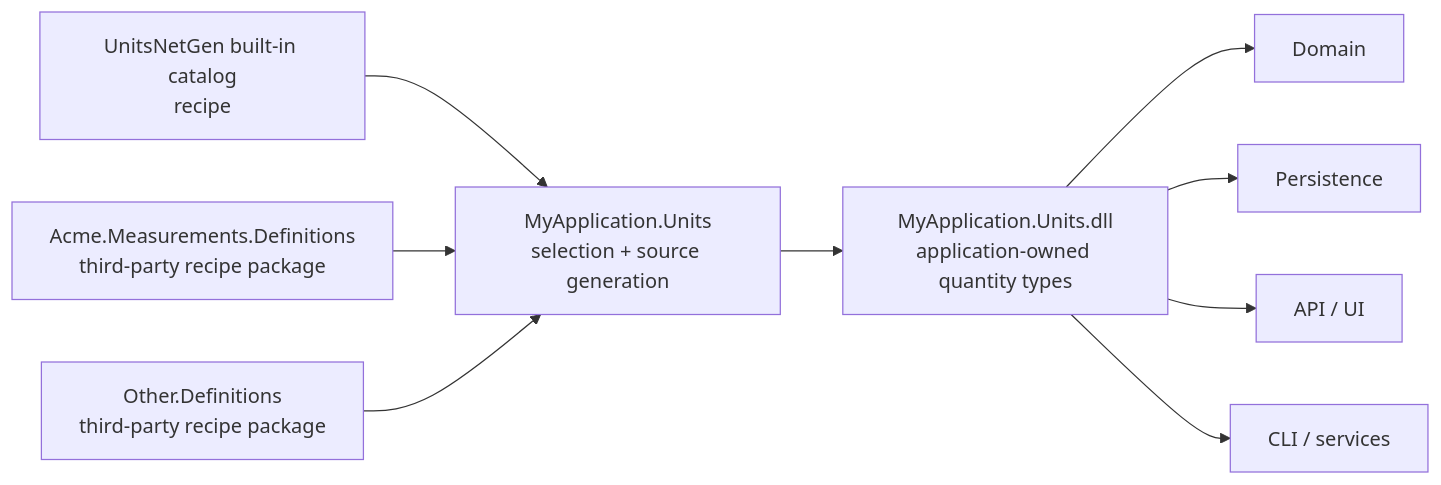
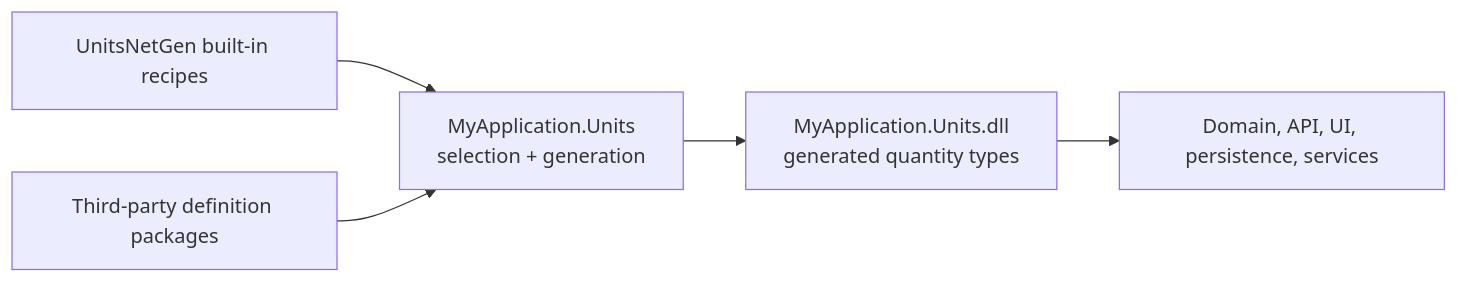
Before and after one commit to angularsen/UnitsNet: the diagram in UnitsNetGen/README.md, drawn with Mermaid. The commit also changed other lines of this file, not shown here.

Commit message:
Document UnitsNetGen setup and configuration

````diff
--- a/UnitsNetGen/README.md
+++ b/UnitsNetGen/README.md
@@ -138,21 +118,13 @@
 ```mermaid
 flowchart LR
-    BuiltIns["UnitsNetGen built-in catalog<br/>recipe"]
-    PackageA["Acme.Measurements.Definitions<br/>third-party recipe package"]
-    PackageB["Other.Definitions<br/>third-party recipe package"]
-    Module["MyApplication.Units<br/>selection + source generation"]
-    Types["MyApplication.Units.dll<br/>application-owned quantity types"]
-    Domain["Domain"]
-    Persistence["Persistence"]
-    Api["API / UI"]
-    Cli["CLI / services"]
+    BuiltIns["UnitsNetGen built-in recipes"]
+    ThirdParty["Third-party definition packages"]
+    Units["MyApplication.Units<br/>selection + generation"]
+    Assembly["MyApplication.Units.dll<br/>generated quantity types"]
+    Apps["Domain, API, UI, persistence, services"]
 
-    BuiltIns --> Module
-    PackageA --> Module
-    PackageB --> Module
-    Module --> Types
-    Types --> Domain
-    Types --> Persistence
-    Types --> Api
-    Types --> Cli
+    BuiltIns --> Units
+    ThirdParty --> Units
+    Units --> Assembly
+    Assembly --> Apps
 ```
````
